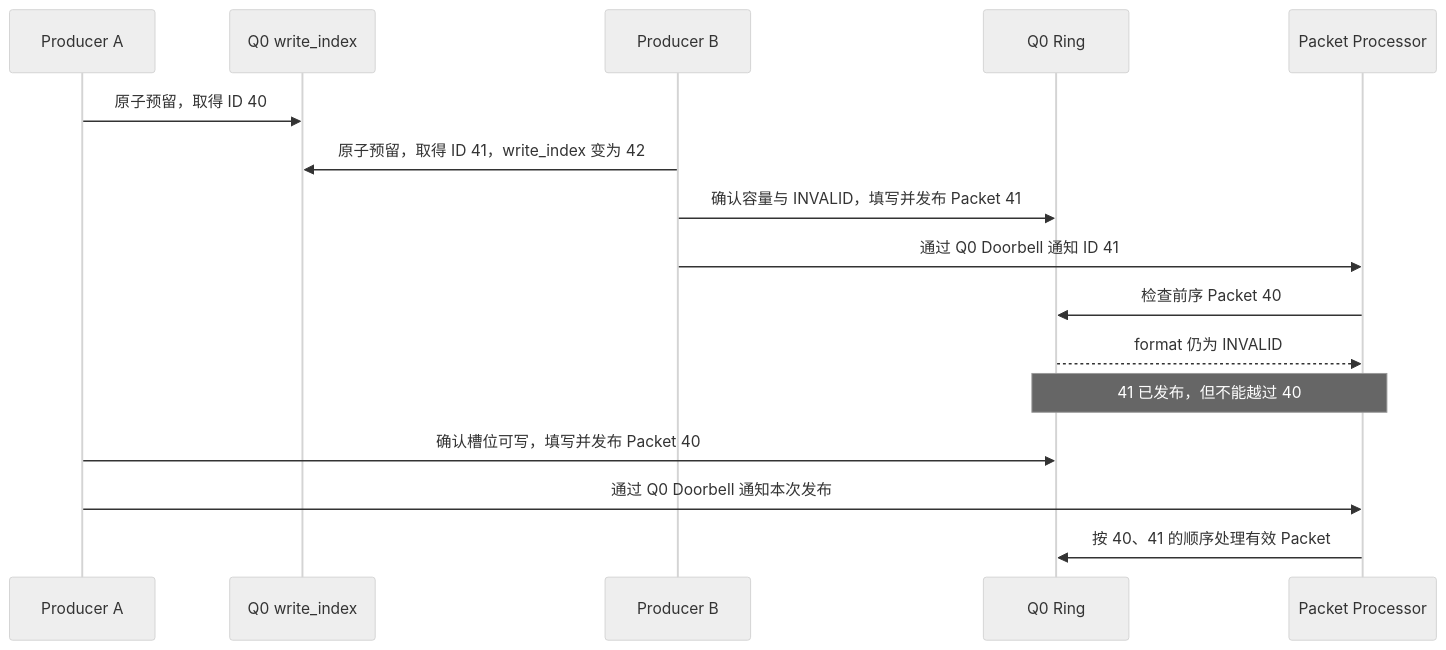
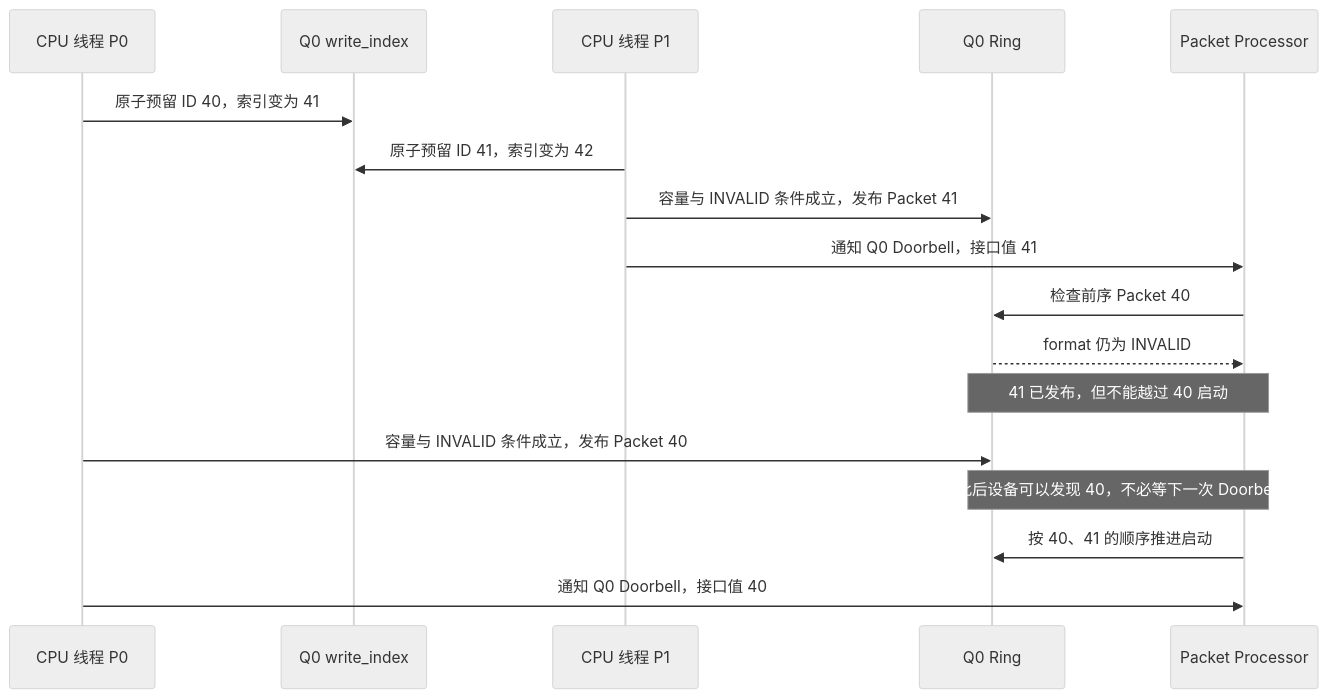
The sixth of 14 diagrams in 03_AMD GPU 队列与 AQL Dispatch.md (hxfei-git/gpu-study), drawn with Mermaid (neutral theme) before and after one commit. The commit also changed other lines of this file and 5 other files, not shown here.

````diff
--- a/03_AMD GPU 队列与 AQL Dispatch.md
+++ b/03_AMD GPU 队列与 AQL Dispatch.md
@@ -2970,18 +3883,19 @@
 ```mermaid
 sequenceDiagram
-    participant A as Producer A
+    participant T0 as CPU 线程 P0
     participant W as Q0 write_index
-    participant B as Producer B
+    participant T1 as CPU 线程 P1
     participant R as Q0 Ring
     participant P as Packet Processor
-    A->>W: 原子预留，取得 ID 40
-    B->>W: 原子预留，取得 ID 41，write_index 变为 42
-    B->>R: 确认容量与 INVALID，填写并发布 Packet 41
-    B->>P: 通过 Q0 Doorbell 通知 ID 41
+    T0->>W: 原子预留 ID 40，索引变为 41
+    T1->>W: 原子预留 ID 41，索引变为 42
+    T1->>R: 容量与 INVALID 条件成立，发布 Packet 41
+    T1->>P: 通知 Q0 Doorbell，接口值 41
     P->>R: 检查前序 Packet 40
     R-->>P: format 仍为 INVALID
-    Note over R,P: 41 已发布，但不能越过 40
-    A->>R: 确认槽位可写，填写并发布 Packet 40
-    A->>P: 通过 Q0 Doorbell 通知本次发布
-    P->>R: 按 40、41 的顺序处理有效 Packet
+    Note over R,P: 41 已发布，但不能越过 40 启动
+    T0->>R: 容量与 INVALID 条件成立，发布 Packet 40
+    Note over R,P: 此后设备可以发现 40，不必等下一次 Doorbell
+    P->>R: 按 40、41 的顺序推进启动
+    T0->>P: 通知 Q0 Doorbell，接口值 40
 ```
````
